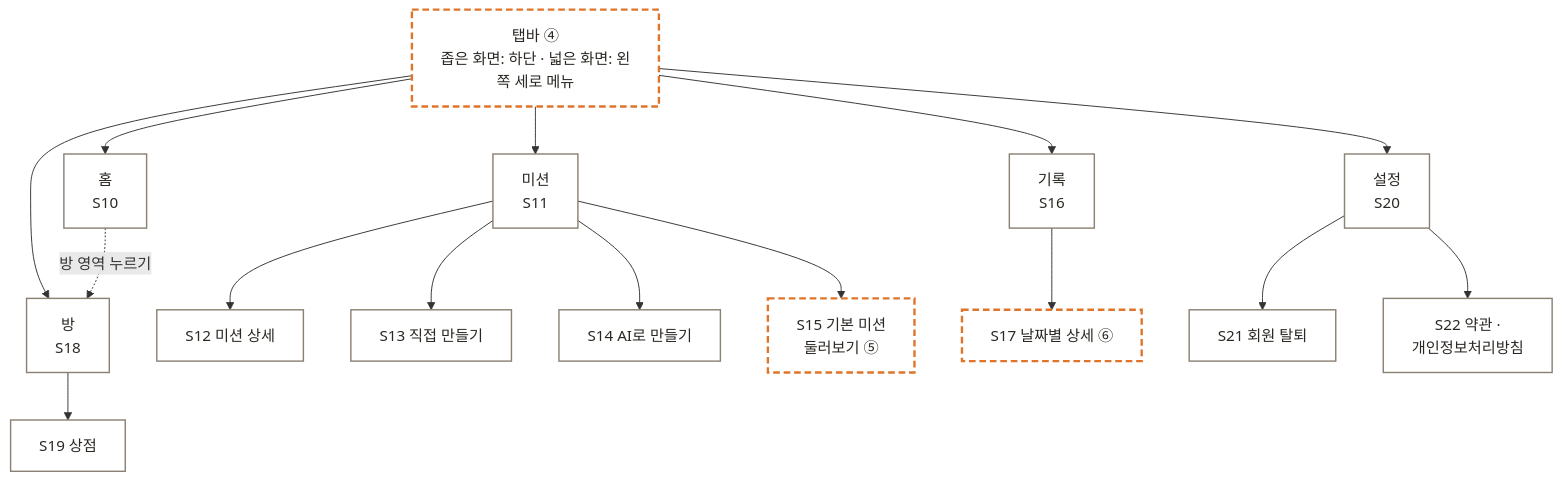
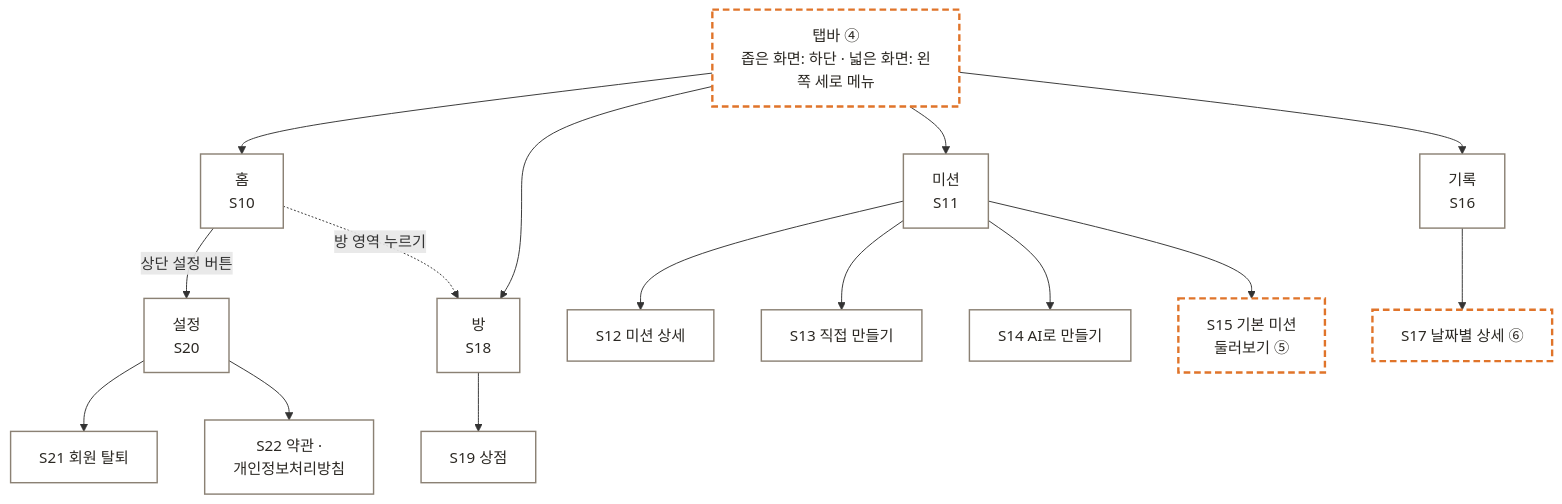
One commit to rebi13/taketoday changed the second of 7 diagrams in docs/screen-flow.md. Above: the diagram before and after it, drawn with Mermaid. The commit also changed other lines of this file and 2 other files, not shown here.

Commit message:
docs: 탭 4개 구성과 폭 구간 토큰 반영
Closes #11

````diff
--- a/docs/screen-flow.md
+++ b/docs/screen-flow.md
@@ -79,28 +79,28 @@
 ```mermaid
 flowchart TD
   TAB["탭바 ④<br>좁은 화면: 하단 · 넓은 화면: 왼쪽 세로 메뉴"]:::dS
   TAB --> S10["홈<br>S10"]:::screen
   TAB --> S11["미션<br>S11"]:::screen
   TAB --> S16["기록<br>S16"]:::screen
   TAB --> S18["방<br>S18"]:::screen
-  TAB --> S20["설정<br>S20"]:::screen
+  S10 -- "상단 설정 버튼" --> S20["설정<br>S20"]:::screen
   S10 -. "방 영역 누르기" .-> S18
   S11 --> S12["S12 미션 상세"]:::screen
   S11 --> S13["S13 직접 만들기"]:::screen
   S11 --> S14["S14 AI로 만들기"]:::screen
   S11 --> S15["S15 기본 미션<br>둘러보기 ⑤"]:::dS
   S16 --> S17["S17 날짜별 상세 ⑥"]:::dS
   S18 --> S19["S19 상점"]:::screen
   S20 --> S21["S21 회원 탈퇴"]:::screen
   S20 --> S22["S22 약관 ·<br>개인정보처리방침"]:::screen
 
 classDef screen fill:#ffffff,stroke:#8b8174,stroke-width:1.5px,color:#2b2823
 classDef pop fill:#e6eff7,stroke:#5f87a8,stroke-width:1.5px,color:#1f3446
 classDef toast fill:#fbf0d2,stroke:#c29a2e,stroke-width:1.5px,color:#4a3a0c
 classDef push fill:#f7e1d4,stroke:#c07a50,stroke-width:1.5px,color:#4c2a17
 classDef empty fill:#eeece7,stroke:#9b968c,stroke-width:1.5px,color:#3d3a34
 classDef q fill:#faf7f2,stroke:#b3aa9c,stroke-width:1.2px,color:#4a463f
 classDef sys fill:#e9e6f2,stroke:#7c74a6,stroke-width:1.5px,color:#2c2747
 classDef dS fill:#ffffff,stroke:#e0742a,stroke-width:2.5px,stroke-dasharray:7 4,color:#2b2823
 classDef dP fill:#e6eff7,stroke:#e0742a,stroke-width:2.5px,stroke-dasharray:7 4,color:#1f3446
 ```
````
